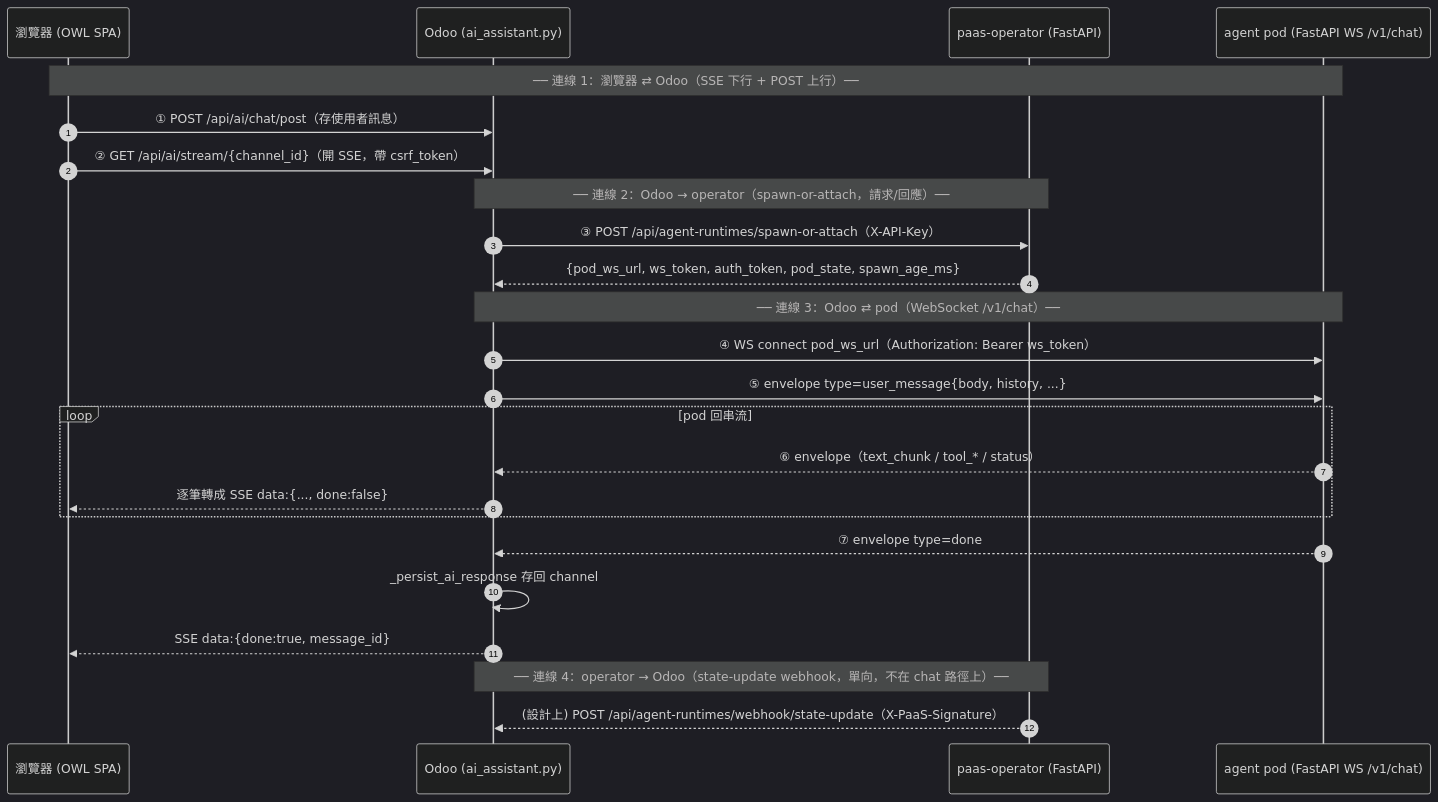
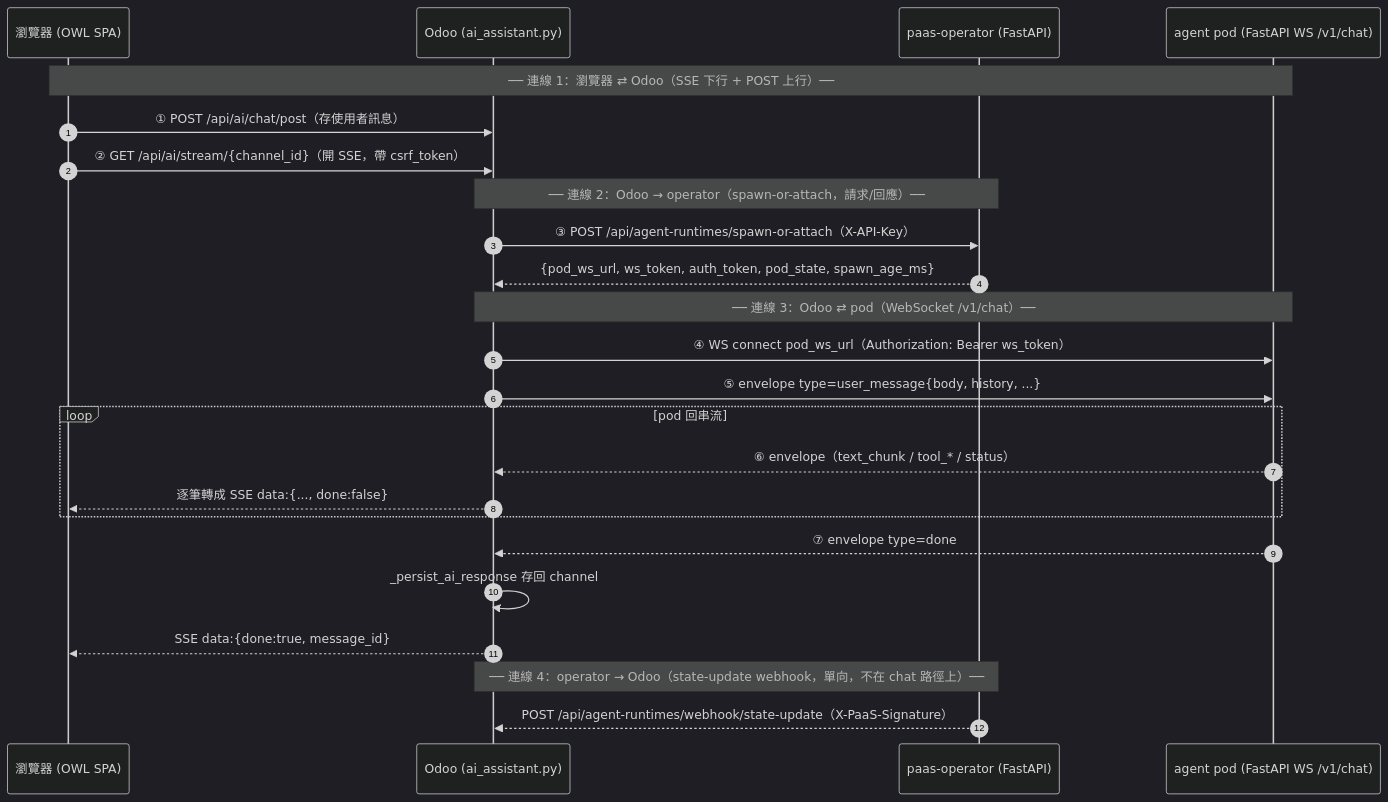
Before and after one commit to WOOWTECH/odoo-addon-woow-paas-platform: the diagram in docs/guides/development/agent-runtime-chat-architecture.md, drawn with Mermaid (dark theme). The commit also changed other lines of this file and 28 other files, not shown here.

````diff
--- a/docs/guides/development/agent-runtime-chat-architecture.md
+++ b/docs/guides/development/agent-runtime-chat-architecture.md
@@ -32,30 +32,30 @@
 ```mermaid
 sequenceDiagram
     autonumber
     participant B as 瀏覽器 (OWL SPA)
     participant O as Odoo (ai_assistant.py)
     participant Op as paas-operator (FastAPI)
     participant P as agent pod (FastAPI WS /v1/chat)
 
     Note over B,P: ── 連線 1：瀏覽器 ⇄ Odoo（SSE 下行 + POST 上行）──
     B->>O: ① POST /api/ai/chat/post（存使用者訊息）
     B->>O: ② GET /api/ai/stream/{channel_id}（開 SSE，帶 csrf_token）
 
     Note over O,Op: ── 連線 2：Odoo → operator（spawn-or-attach，請求/回應）──
     O->>Op: ③ POST /api/agent-runtimes/spawn-or-attach（X-API-Key）
     Op-->>O: {pod_ws_url, ws_token, auth_token, pod_state, spawn_age_ms}
 
     Note over O,P: ── 連線 3：Odoo ⇄ pod（WebSocket /v1/chat）──
     O->>P: ④ WS connect pod_ws_url（Authorization: Bearer ws_token）
     O->>P: ⑤ envelope type=user_message{body, history, ...}
     loop pod 回串流
         P-->>O: ⑥ envelope（text_chunk / tool_* / status）
         O-->>B: 逐筆轉成 SSE data:{..., done:false}
     end
     P-->>O: ⑦ envelope type=done
     O->>O: _persist_ai_response 存回 channel
     O-->>B: SSE data:{done:true, message_id}
 
     Note over Op,O: ── 連線 4：operator → Odoo（state-update webhook，單向，不在 chat 路徑上）──
-    Op-->>O: (設計上) POST /api/agent-runtimes/webhook/state-update（X-PaaS-Signature）
+    Op-->>O: POST /api/agent-runtimes/webhook/state-update（X-PaaS-Signature）
 ```
````
